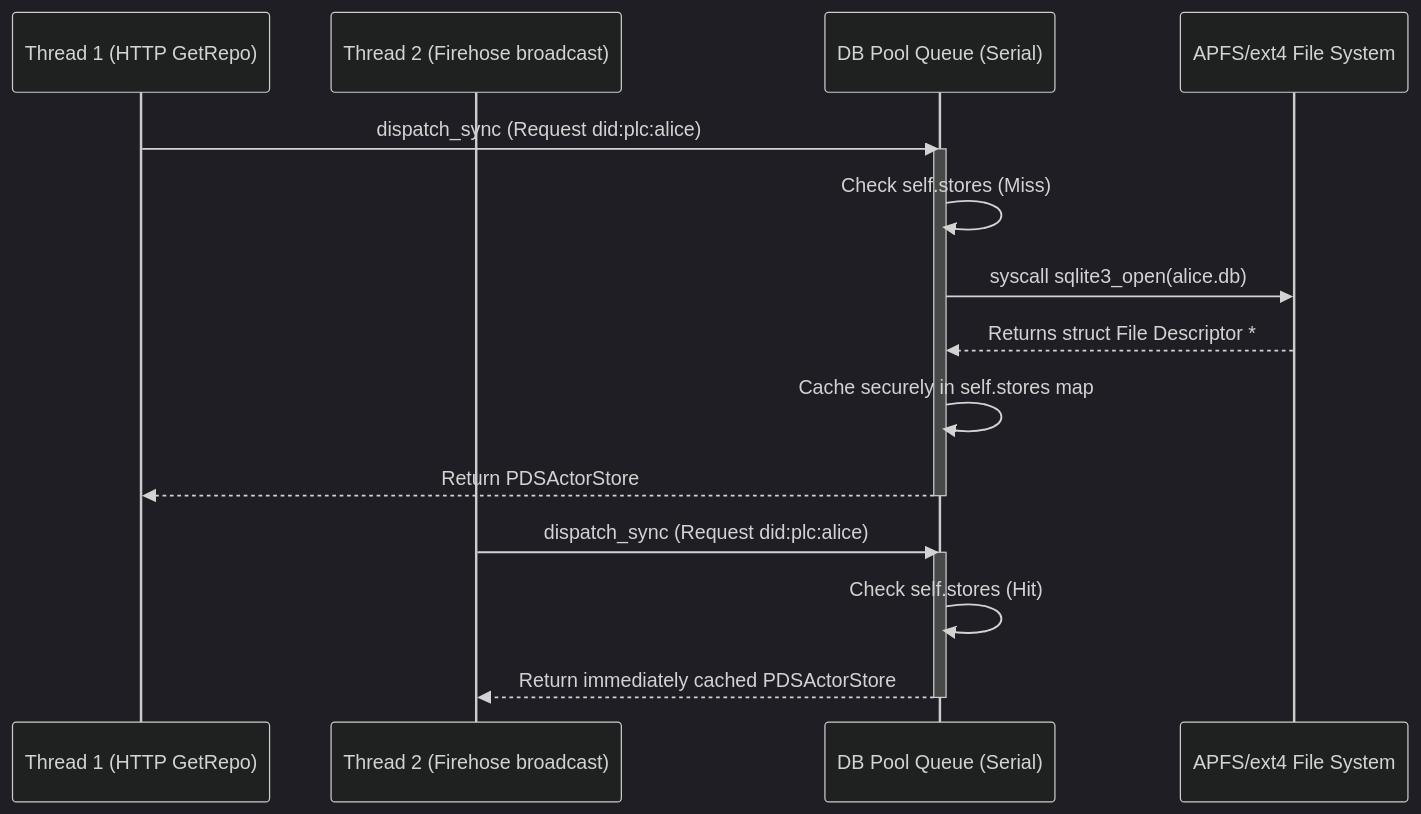
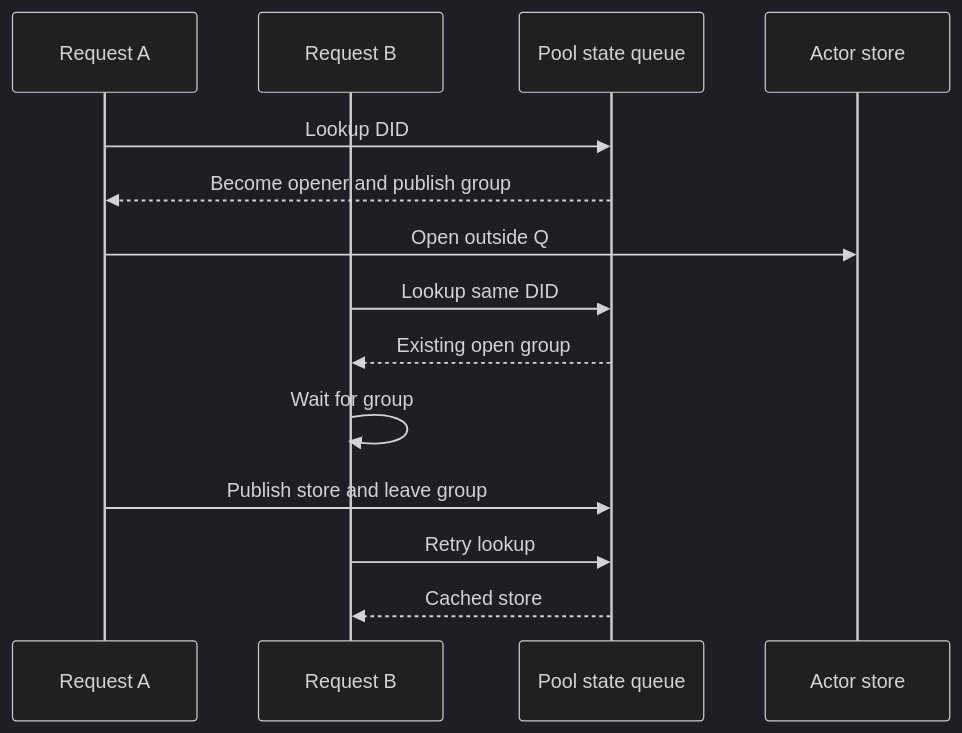
The diagram in Garazyk/docs-site/src/content/docs/advanced-parsing/db-pool-concurrency.md (jvalinsky/garazyk), drawn with Mermaid (dark theme) before and after one commit. The commit also changed other lines of this file and 18 other files, not shown here.

````diff
--- a/Garazyk/docs-site/src/content/docs/advanced-parsing/db-pool-concurrency.md
+++ b/Garazyk/docs-site/src/content/docs/advanced-parsing/db-pool-concurrency.md
@@ -75,22 +31,17 @@
 ```mermaid
 sequenceDiagram
-    participant T1 as Thread 1 (HTTP GetRepo)
-    participant T2 as Thread 2 (Firehose broadcast)
-    participant Q as DB Pool Queue (Serial)
-    participant FS as APFS/ext4 File System
+    participant A as Request A
+    participant B as Request B
+    participant Q as Pool state queue
+    participant S as Actor store
 
-    T1->>Q: dispatch_sync (Request did:plc:alice)
-    activate Q
-    Q->>Q: Check self.stores (Miss)
-    Q->>FS: syscall sqlite3_open(alice.db)
-    FS-->>Q: Returns struct File Descriptor *
-    Q->>Q: Cache securely in self.stores map
-    Q-->>T1: Return PDSActorStore
-    deactivate Q
-
-    T2->>Q: dispatch_sync (Request did:plc:alice)
-    activate Q
-    Q->>Q: Check self.stores (Hit)
-    Q-->>T2: Return immediately cached PDSActorStore
-    deactivate Q
+    A->>Q: Lookup DID
+    Q-->>A: Become opener and publish group
+    A->>S: Open outside Q
+    B->>Q: Lookup same DID
+    Q-->>B: Existing open group
+    B->>B: Wait for group
+    A->>Q: Publish store and leave group
+    B->>Q: Retry lookup
+    Q-->>B: Cached store
 ```
````
